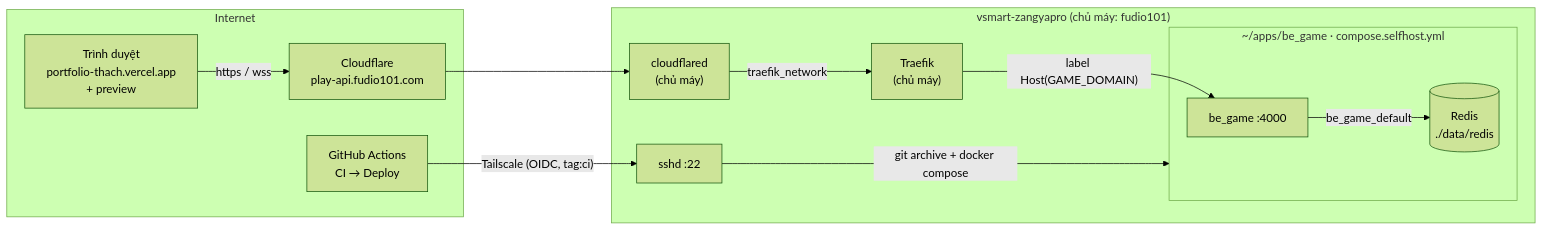
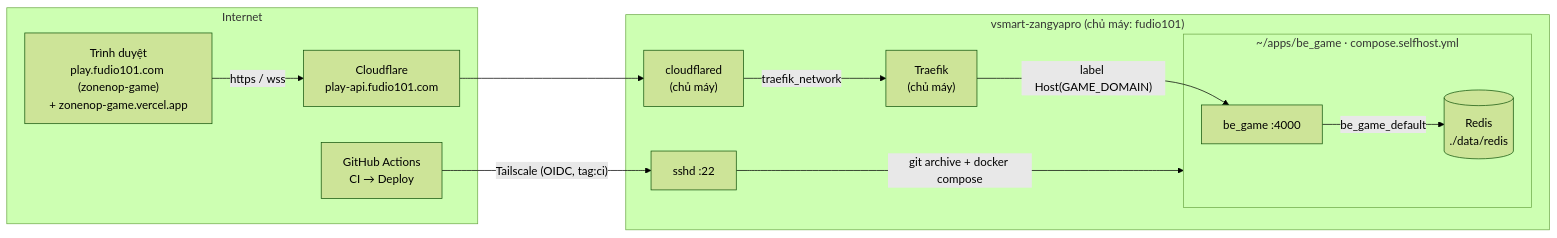
One commit to ThachHuynhIT/be_game changed the diagram in docs/SELF_HOSTING.md. Above: the diagram before and after it, drawn with Mermaid (forest theme). The commit also changed other lines of this file and 14 other files, not shown here.

````diff
--- a/docs/SELF_HOSTING.md
+++ b/docs/SELF_HOSTING.md
@@ -11,19 +11,19 @@
 ```mermaid
 flowchart LR
   subgraph Internet
-    B["Trình duyệt<br/>portfolio-thach.vercel.app<br/>+ preview"]
+    B["Trình duyệt<br/>play.fudio101.com (zonenop-game)<br/>+ zonenop-game.vercel.app"]
     CF["Cloudflare<br/>play-api.fudio101.com"]
     GH["GitHub Actions<br/>CI → Deploy"]
   end
   subgraph Host["vsmart-zangyapro (chủ máy: fudio101)"]
     CFD["cloudflared<br/>(chủ máy)"]
     TR["Traefik<br/>(chủ máy)"]
     subgraph P["~/apps/be_game · compose.selfhost.yml"]
       BG["be_game :4000"]
       R[("Redis<br/>./data/redis")]
     end
     SSH["sshd :22"]
   end
   B -- "https / wss" --> CF --> CFD -- "traefik_network" --> TR -- "label Host(GAME_DOMAIN)" --> BG -- "be_game_default" --> R
   GH -- "Tailscale (OIDC, tag:ci)" --> SSH -- "git archive + docker compose" --> P
 ```
````
